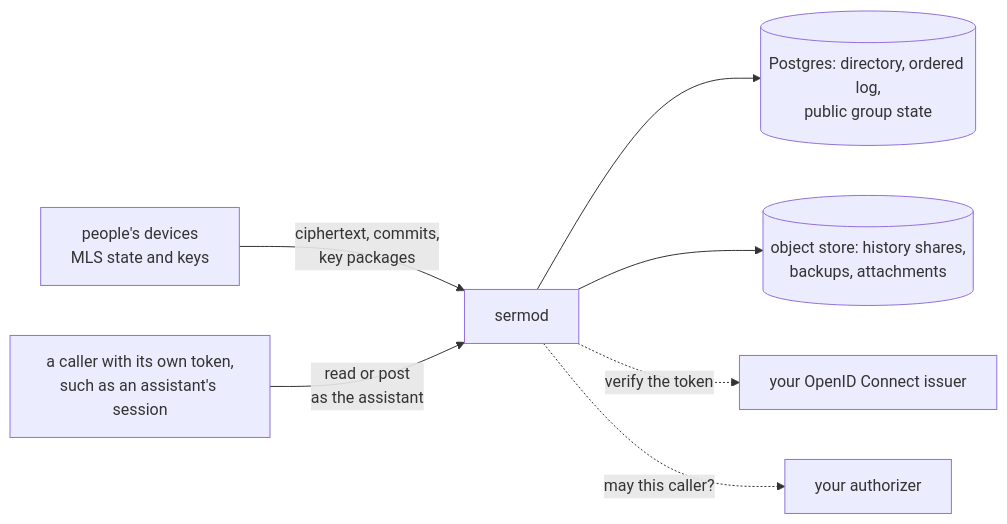
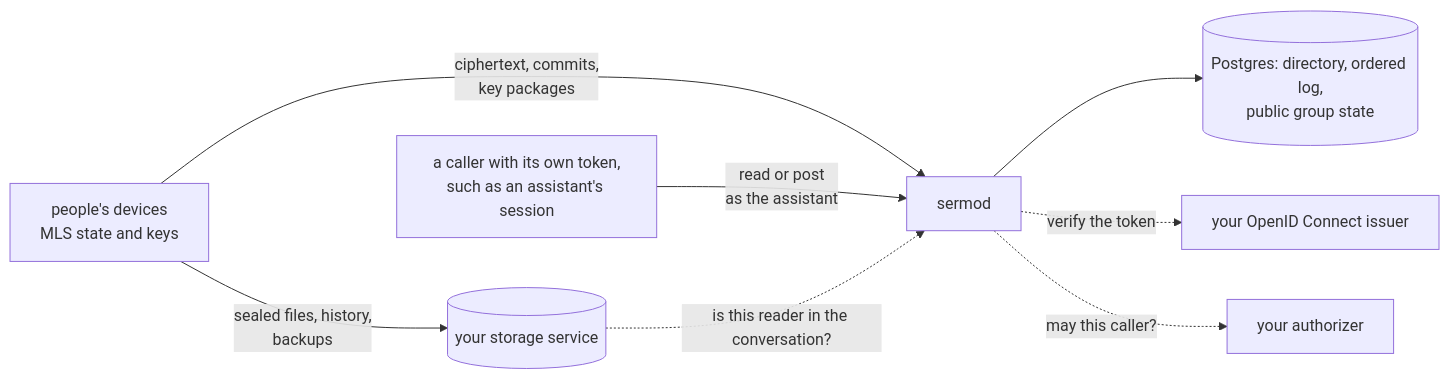
Before and after one commit to latere-ai/sermo: the diagram in README.md, drawn with Mermaid. The commit also changed other lines of this file and 2 other files, not shown here.

````diff
--- a/README.md
+++ b/README.md
@@ -23,9 +25,10 @@
 ```mermaid
 flowchart LR
   devices["people's devices<br/>MLS state and keys"] -->|"ciphertext, commits,<br/>key packages"| sermod
   caller["a caller with its own token,<br/>such as an assistant's session"] -->|"read or post<br/>as the assistant"| sermod
   sermod --> pg[("Postgres: directory, ordered log,<br/>public group state")]
-  sermod --> s3[("object store: history shares,<br/>backups, attachments")]
+  devices -->|"sealed files, history,<br/>backups"| storage[("your storage service")]
+  storage -. "is this reader in the conversation?" .-> sermod
   sermod -. "verify the token" .-> issuer["your OpenID Connect issuer"]
   sermod -. "may this caller?" .-> authz["your authorizer"]
 ```
````
